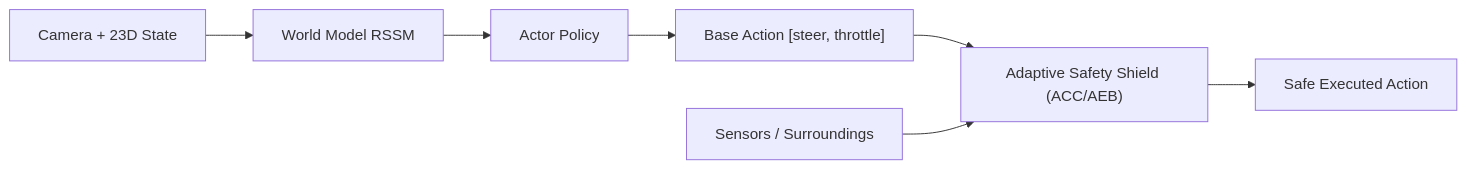
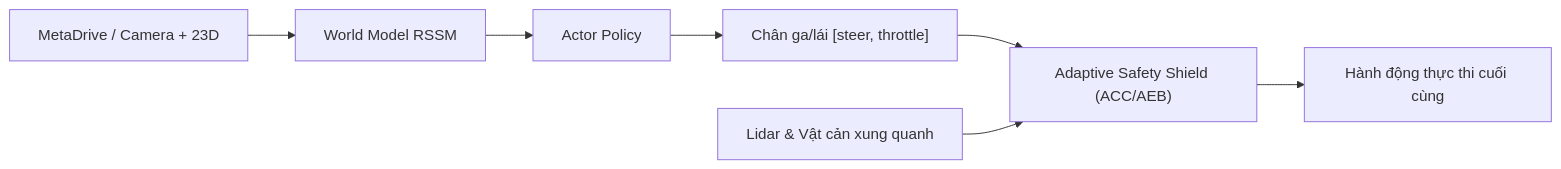
Before and after one commit to QuocTien004/DATN: the second of 2 diagrams in docs/SAFETY_SHIELD_AND_DEMO_GUIDE.md, drawn with Mermaid. The commit also changed other lines of this file and 1 other file, not shown here.

First line of the commit message:
docs: add comprehensive documentation for data collection pipeline and World Model (RSSM)

````diff
--- a/docs/SAFETY_SHIELD_AND_DEMO_GUIDE.md
+++ b/docs/SAFETY_SHIELD_AND_DEMO_GUIDE.md
@@ -13,9 +143,9 @@
 ```mermaid
 flowchart LR
-    Obs[Camera + 23D State] --> WM[World Model RSSM]
+    RealWorld[MetaDrive / Camera + 23D] --> WM[World Model RSSM]
     WM --> Actor[Actor Policy]
-    Actor --> BaseAction["Base Action [steer, throttle]"]
+    Actor --> BaseAction["Chân ga/lái [steer, throttle]"]
     BaseAction --> Shield["Adaptive Safety Shield (ACC/AEB)"]
-    Lidar[Sensors / Surroundings] --> Shield
-    Shield --> FinalAction["Safe Executed Action"]
+    Sensors[Lidar & Vật cản xung quanh] --> Shield
+    Shield --> ExecAction["Hành động thực thi cuối cùng"]
 ```
````
